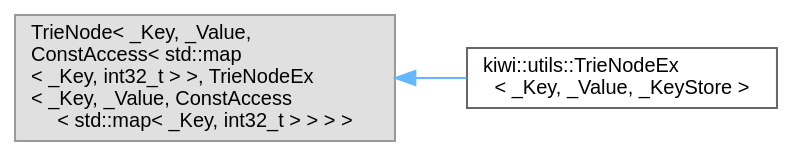
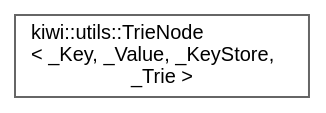
Before and after one commit to bab2min/Kiwi: the diagram in inherit_graph_115.dot, drawn with Graphviz. The commit also changed 333 other files, not shown here.

```diff
--- a/inherit_graph_115.dot
+++ b/inherit_graph_115.dot
@@ -1,11 +1,9 @@
 digraph "Graphical Class Hierarchy"
 {
  // LATEX_PDF_SIZE
   bgcolor="transparent";
   edge [fontname=Helvetica,fontsize=10,labelfontname=Helvetica,labelfontsize=10];
   node [fontname=Helvetica,fontsize=10,shape=box,height=0.2,width=0.4];
   rankdir="LR";
-  Node0 [id="Node000000",label="TrieNode\< _Key, _Value,\l ConstAccess\< std::map\l\< _Key, int32_t \> \>, TrieNodeEx\l\< _Key, _Value, ConstAccess\l\< std::map\< _Key, int32_t \> \> \> \>",height=0.2,width=0.4,color="grey60", fillcolor="#E0E0E0", style="filled",tooltip=" "];
-  Node0 -> Node1 [id="edge26_Node000000_Node000001",dir="back",color="steelblue1",style="solid",tooltip=" "];
-  Node1 [id="Node000001",label="kiwi::utils::TrieNodeEx\l\< _Key, _Value, _KeyStore \>",height=0.2,width=0.4,color="grey40", fillcolor="white", style="filled",URL="$structkiwi_1_1utils_1_1TrieNodeEx.html",tooltip=" "];
+  Node0 [id="Node000000",label="kiwi::utils::TrieNode\l\< _Key, _Value, _KeyStore,\l _Trie \>",height=0.2,width=0.4,color="grey40", fillcolor="white", style="filled",URL="$structkiwi_1_1utils_1_1TrieNode.html",tooltip=" "];
 }
```
